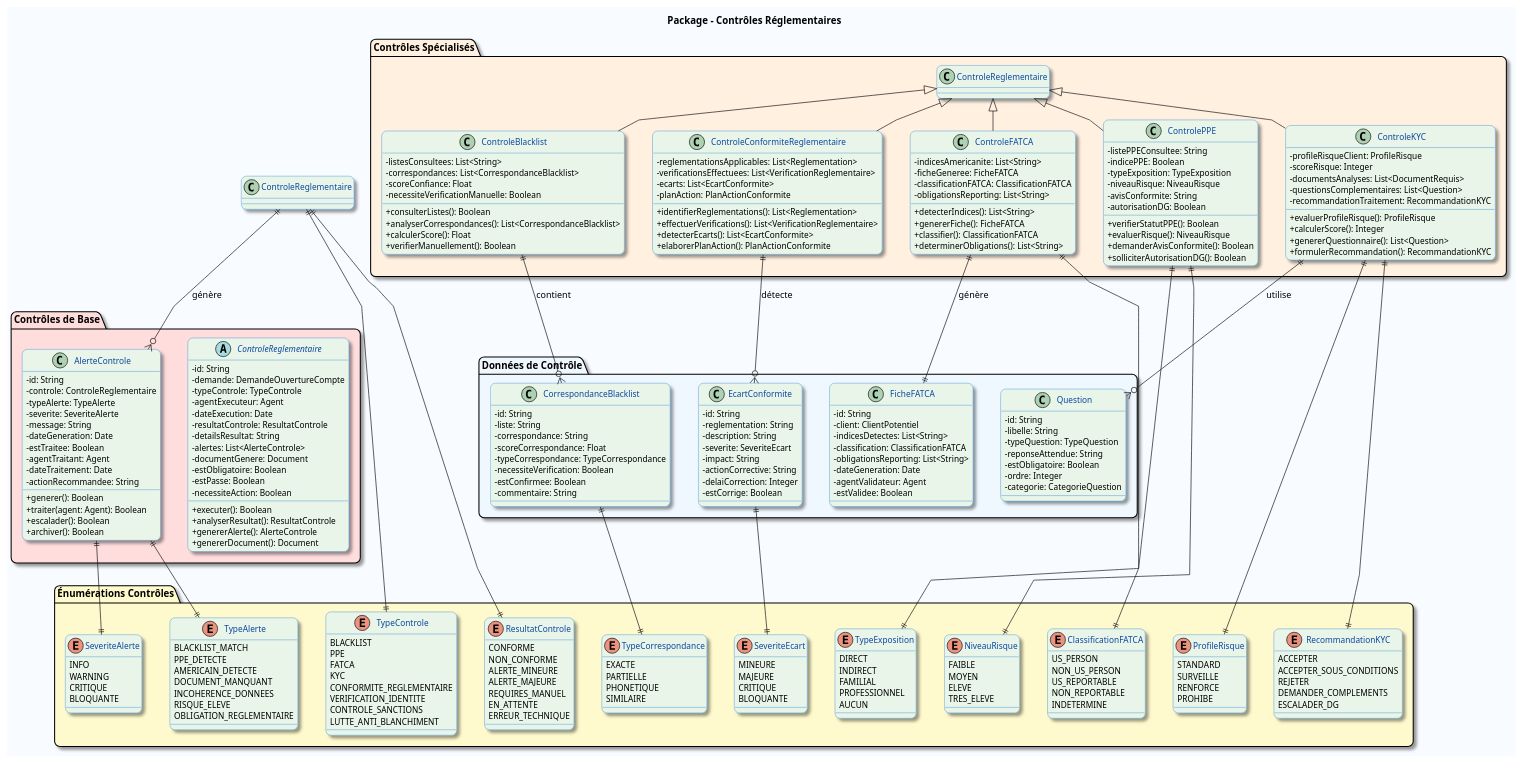
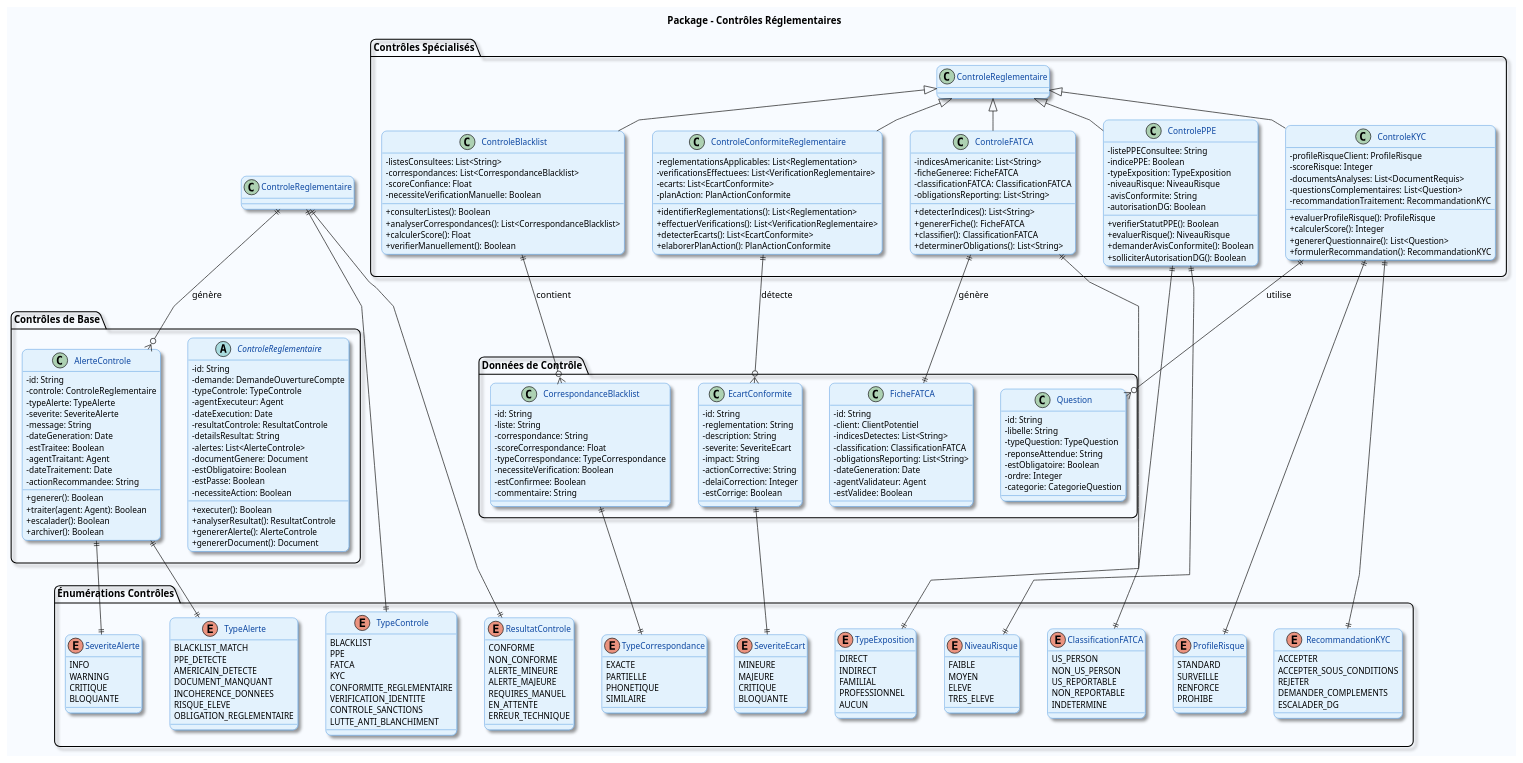
One commit to caranvalis/diagramePlantUml changed the diagram in KYC ENTREE_EN_RELATION/DIAGRAMMES-CLASSE/02_ControlesReglementaires.puml. Above: the diagram before and after it, drawn with PlantUML. The commit also changed 20 other files, not shown here.

Commit message:
mise a jour des diagrammes de classes

```diff
--- a/KYC ENTREE_EN_RELATION/DIAGRAMMES-CLASSE/02_ControlesReglementaires.puml
+++ b/KYC ENTREE_EN_RELATION/DIAGRAMMES-CLASSE/02_ControlesReglementaires.puml
@@ -1,7 +1,7 @@
 @startuml ControlesReglementaires
 skinparam linetype polyline
 skinparam backgroundColor #F8FBFF
-skinparam classBackgroundColor #E8F5E8
+skinparam classBackgroundColor #E3F2FD
 skinparam classBorderColor #1976D2
 skinparam classFontColor #0D47A1
 skinparam classFontSize 13
@@ -15,7 +15,7 @@
 
 title Package - Contrôles Réglementaires
 
-package "Contrôles de Base" #FFDDDD {
+package "Contrôles de Base" {
   abstract class ControleReglementaire {
     - id: String
     - demande: DemandeOuvertureCompte
@@ -53,7 +53,7 @@
   }
 }
 
-package "Contrôles Spécialisés" #FFF0E0 {
+package "Contrôles Spécialisés" {
   class ControleBlacklist extends ControleReglementaire {
     - listesConsultees: List<String>
     - correspondances: List<CorrespondanceBlacklist>
@@ -113,7 +113,7 @@
   }
 }
 
-package "Données de Contrôle" #F0F8FF {
+package "Données de Contrôle" {
   class CorrespondanceBlacklist {
     - id: String
     - liste: String
@@ -158,7 +158,7 @@
   }
 }
 
-package "Énumérations Contrôles" #FFFACD {
+package "Énumérations Contrôles" {
   enum TypeControle {
     BLACKLIST
     PPE
```
